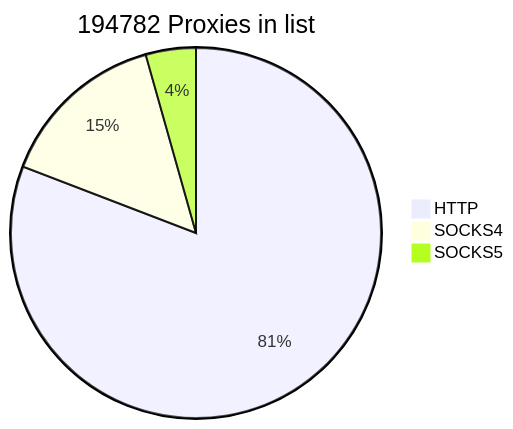
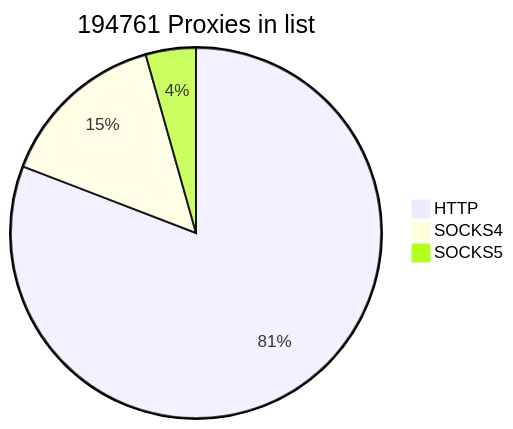
The first of 2 diagrams in README.md (cutipu/proxylist), drawn with Mermaid before and after one commit. The commit also changed other lines of this file, not shown here.

````diff
--- a/README.md
+++ b/README.md
@@ -2,7 +2,7 @@
 ```mermaid
-pie title 194782 Proxies in list
-    "HTTP" : 157443
-    "SOCKS4" : 28817
-    "SOCKS5" : 8522
+pie title 194761 Proxies in list
+    "HTTP" : 157444
+    "SOCKS4" : 28793
+    "SOCKS5" : 8524
             
 ```
````
